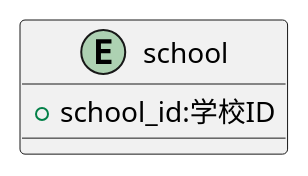
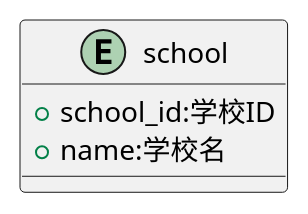
One commit to popoposorara/ERP_ER changed the diagram in Entity/school.pu. Above: the diagram before and after it, drawn with PlantUML. The commit also changed 2 other files, not shown here.

```diff
--- a/Entity/school.pu
+++ b/Entity/school.pu
@@ -1,7 +1,8 @@
 @startuml
 
 entity "school"{
     + school_id:学校ID
+    + name:学校名
 }
 
 @enduml
```
